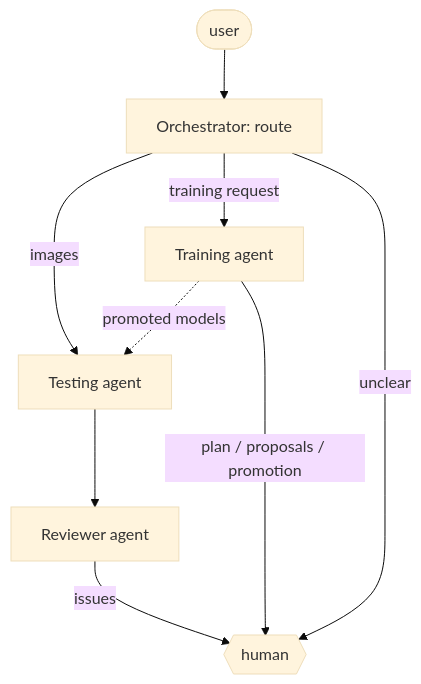
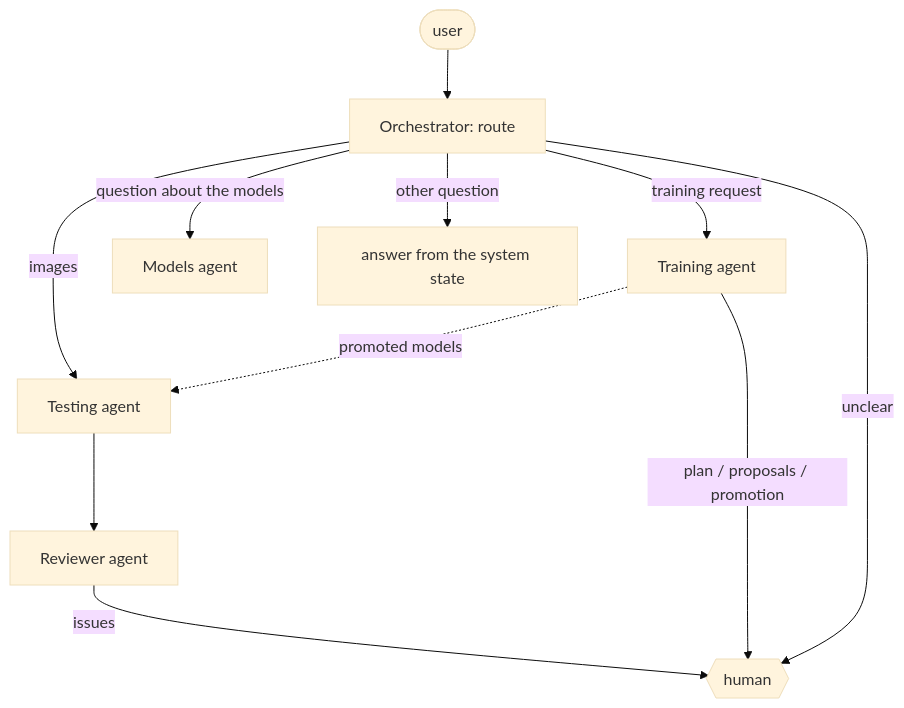
The first of 3 diagrams in project_proposal.md (EmanueleDamiano/DermaMNIST-agentic_project), drawn with Mermaid (base theme) before and after one commit. The commit also changed other lines of this file and 363 other files, not shown here.

First line of the commit message:
DermaAgent-2: restructured project with the Models agent

````diff
--- a/project_proposal.md
+++ b/project_proposal.md
@@ -158,10 +158,12 @@
 ```mermaid
 graph TD
   U([user]) --> O[Orchestrator: route]
   O -- images --> T[Testing agent] --> R[Reviewer agent]
   R -- issues --> H{{human}}
   O -- training request --> TR[Training agent]
   TR -- plan / proposals / promotion --> H
+  O -- question about the models --> M[Models agent]
+  O -- other question --> A[answer from the system state]
   O -- unclear --> H
   TR -. promoted models .-> T
 ```
````
